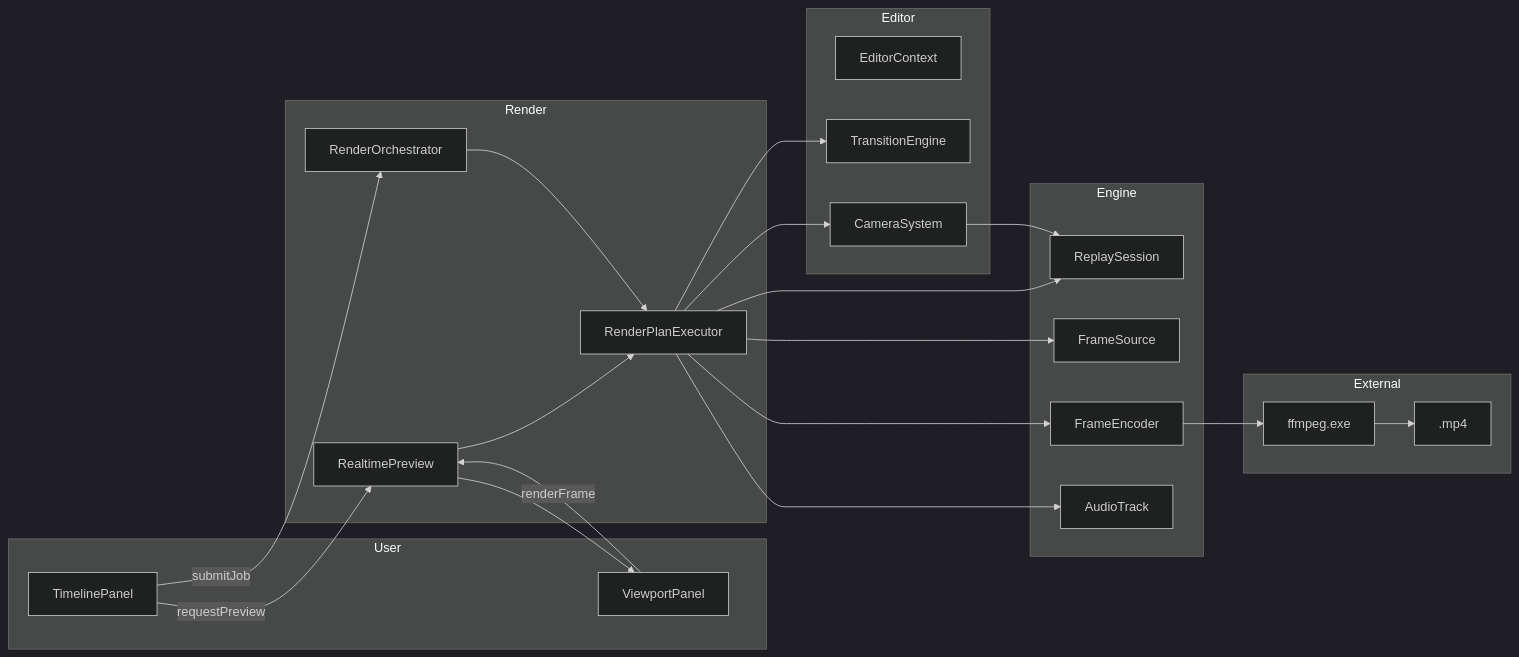
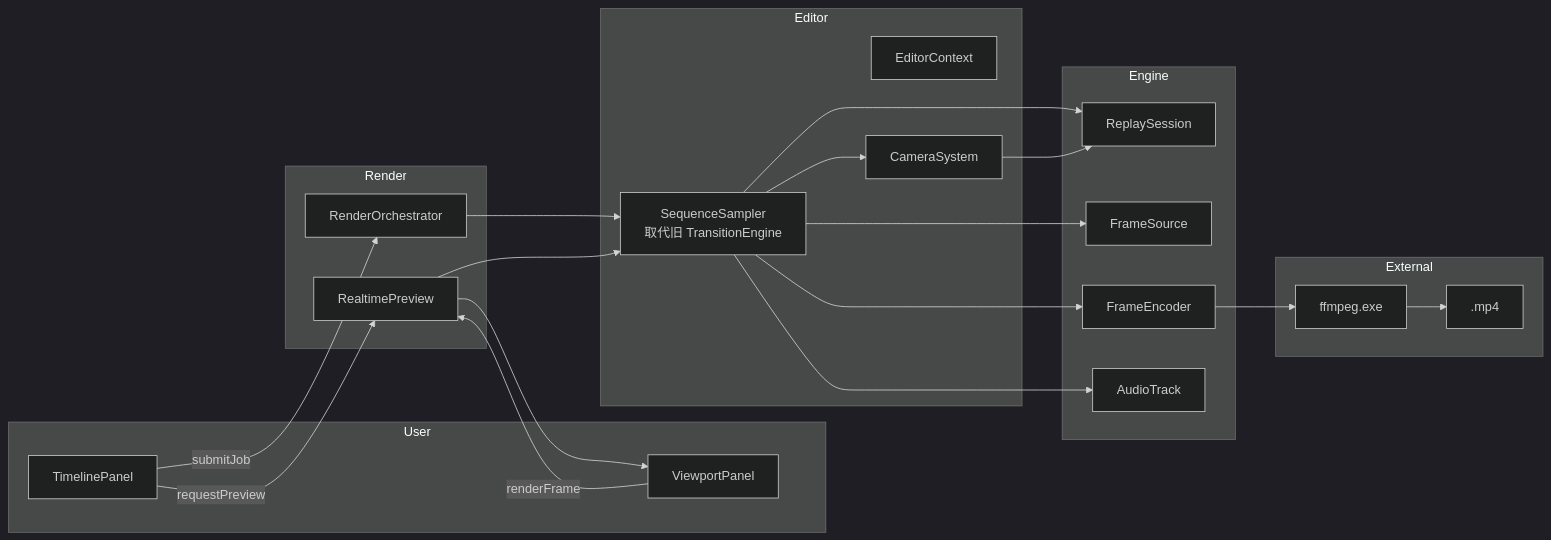
One commit to Unny984/Playback changed the third of 3 diagrams in docs/refactor/05-render-pipeline.md. Above: the diagram before and after it, drawn with Mermaid (dark theme). The commit also changed other lines of this file and 7 other files, not shown here.

````diff
--- a/docs/refactor/05-render-pipeline.md
+++ b/docs/refactor/05-render-pipeline.md
@@ -371,43 +418,41 @@
 ```mermaid
 flowchart LR
     subgraph User
         TL[TimelinePanel]
         VP[ViewportPanel]
     end
     subgraph Editor
         EC[EditorContext]
-        TE[TransitionEngine]
+        SS[SequenceSampler<br/>取代旧 TransitionEngine]
         CS[CameraSystem]
     end
     subgraph Render
         RO[RenderOrchestrator]
         RP[RealtimePreview]
-        RPE[RenderPlanExecutor]
     end
     subgraph Engine
         Sess[ReplaySession]
         FS[FrameSource]
         FE[FrameEncoder]
         AT[AudioTrack]
     end
     subgraph External
         FF[ffmpeg.exe]
         Disk[.mp4]
     end
 
     TL -->|requestPreview| RP
     TL -->|submitJob| RO
     VP -->|renderFrame| RP
-    RP --> RPE
-    RO --> RPE
-    RPE --> TE
-    RPE --> CS
-    RPE --> Sess
-    RPE --> FS
-    RPE --> FE
-    RPE --> AT
+    RO --> SS
+    RP --> SS
+    SS --> CS
+    SS --> Sess
+    SS --> FS
+    SS --> FE
+    SS --> AT
     FE --> FF
     FF --> Disk
     CS --> Sess
     RP --> VP
 ```
````
